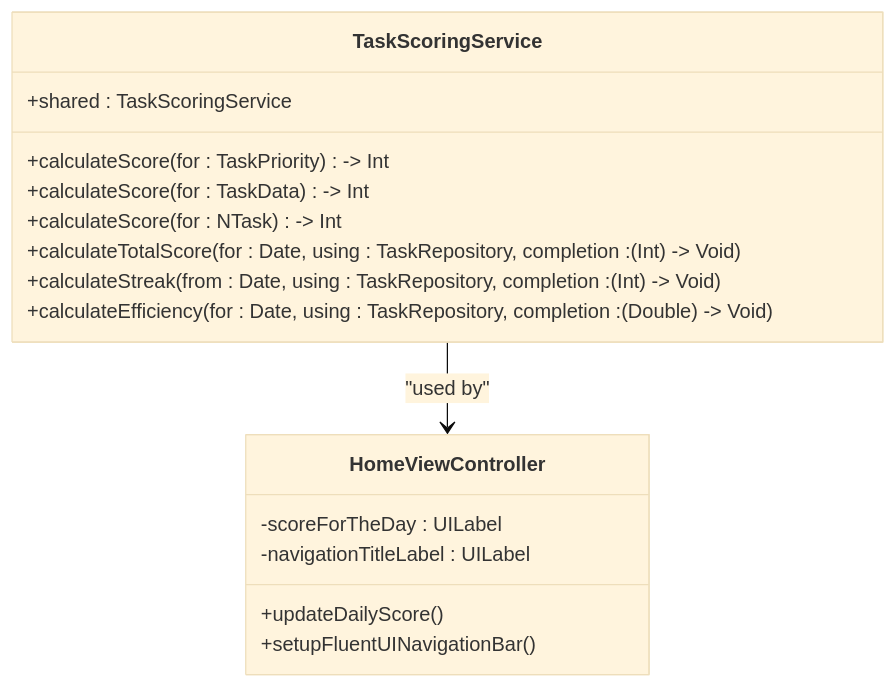
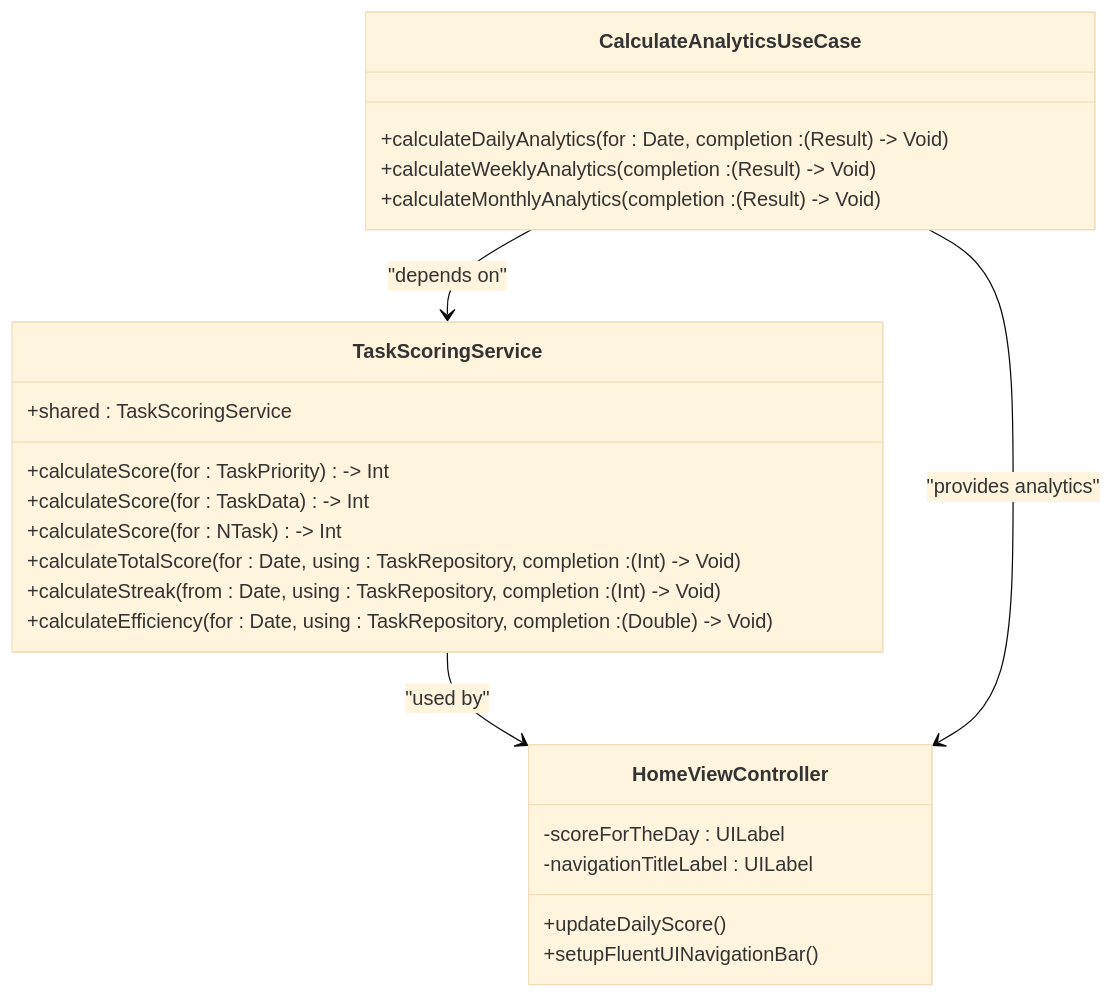
Before and after one commit to Saransh-Sharma/Tasker: the second of 4 diagrams in .qoder/repowiki/en/content/Analytics and Daily Scoring/Analytics and Daily Scoring.md, drawn with Mermaid (base theme). The commit also changed other lines of this file and 115 other files, not shown here.

````diff
--- a/.qoder/repowiki/en/content/Analytics and Daily Scoring/Analytics and Daily Scoring.md
+++ b/.qoder/repowiki/en/content/Analytics and Daily Scoring/Analytics and Daily Scoring.md
@@ -61,19 +76,26 @@
 ```mermaid
 classDiagram
 class TaskScoringService {
 +shared : TaskScoringService
 +calculateScore(for : TaskPriority) -> Int
 +calculateScore(for : TaskData) -> Int
 +calculateScore(for : NTask) -> Int
 +calculateTotalScore(for : Date, using : TaskRepository, completion : (Int) -> Void)
 +calculateStreak(from : Date, using : TaskRepository, completion : (Int) -> Void)
 +calculateEfficiency(for : Date, using : TaskRepository, completion : (Double) -> Void)
 }
 class HomeViewController {
 -scoreForTheDay : UILabel
 -navigationTitleLabel : UILabel
 +updateDailyScore()
 +setupFluentUINavigationBar()
 }
+class CalculateAnalyticsUseCase {
++calculateDailyAnalytics(for : Date, completion : (Result<DailyAnalytics, AnalyticsError>) -> Void)
++calculateWeeklyAnalytics(completion : (Result<WeeklyAnalytics, AnalyticsError>) -> Void)
++calculateMonthlyAnalytics(completion : (Result<MonthlyAnalytics, AnalyticsError>) -> Void)
+}
 TaskScoringService --> HomeViewController : "used by"
+CalculateAnalyticsUseCase --> TaskScoringService : "depends on"
+CalculateAnalyticsUseCase --> HomeViewController : "provides analytics"
 ```
````
